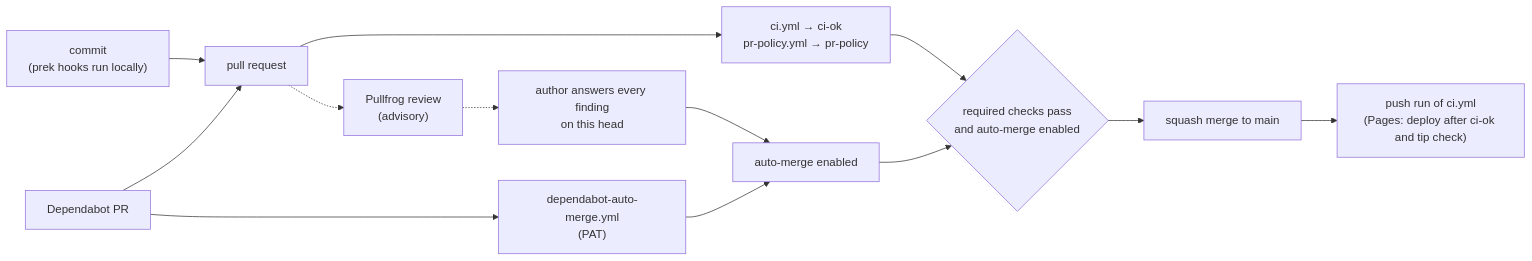
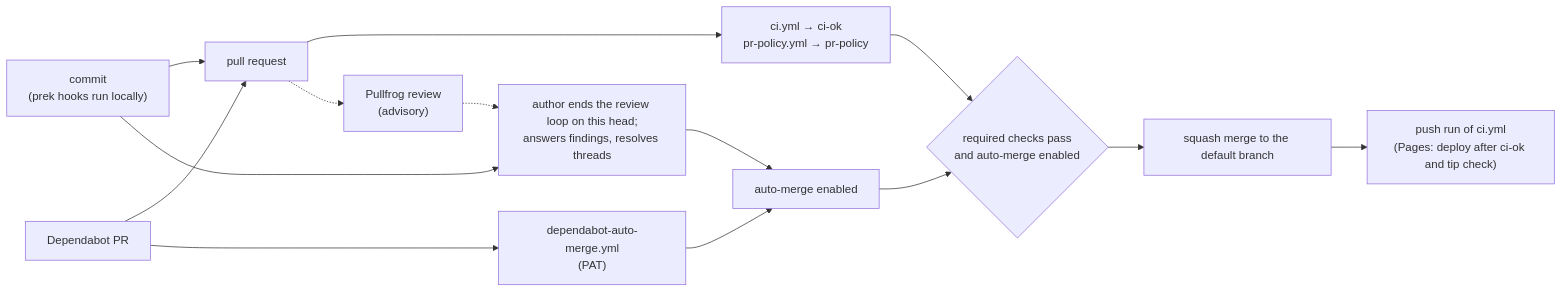
One commit to edbfi/edbfi-ci changed the first of 3 diagrams in README.md. Above: the diagram before and after it, drawn with Mermaid. The commit also changed other lines of this file and 5 other files, not shown here.

````diff
--- a/README.md
+++ b/README.md
@@ -34,13 +34,14 @@
 ```mermaid
 flowchart LR
   dev["commit<br/>(prek hooks run locally)"] --> pr[pull request]
   bot[Dependabot PR] --> pr
   pr --> checks["ci.yml → ci-ok<br/>pr-policy.yml → pr-policy"]
   pr -.-> rev["Pullfrog review<br/>(advisory)"]
-  rev -.-> loop["author answers every finding<br/>on this head"]
+  dev --> loop["author ends the review loop on this head;<br/>answers findings, resolves threads"]
+  rev -.-> loop
   loop --> enabled[auto-merge enabled]
   bot --> dam["dependabot-auto-merge.yml<br/>(PAT)"] --> enabled
   checks --> gate{"required checks pass<br/>and auto-merge enabled"}
   enabled --> gate
-  gate --> merge[squash merge to main] --> push["push run of ci.yml<br/>(Pages: deploy after ci-ok and tip check)"]
+  gate --> merge[squash merge to the default branch] --> push["push run of ci.yml<br/>(Pages: deploy after ci-ok and tip check)"]
 ```
````
